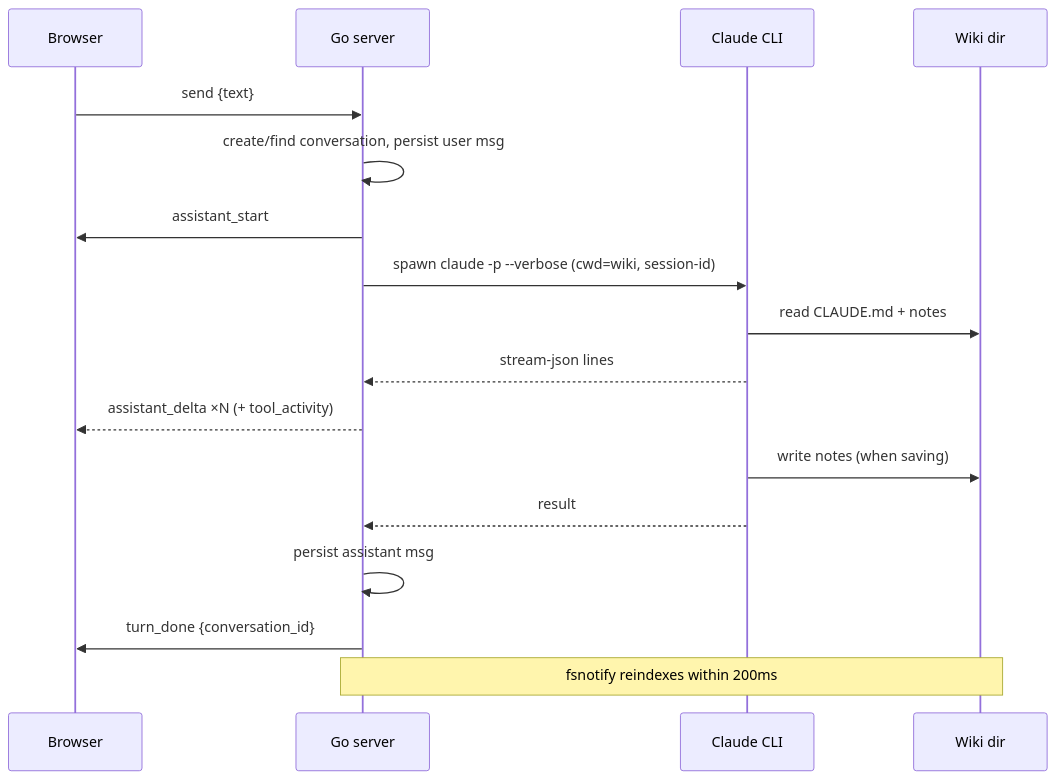
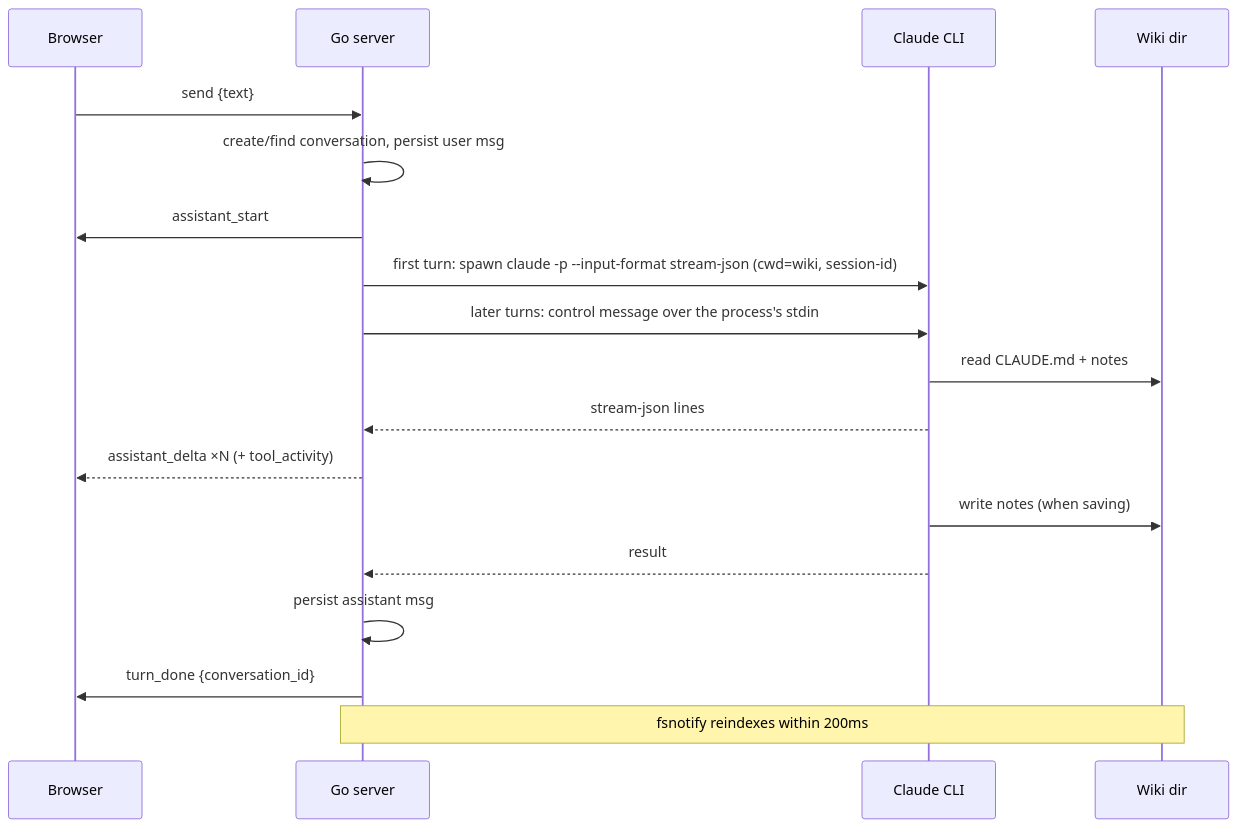
Before and after one commit to shiv-source/thoth: the diagram in docs/api.md, drawn with Mermaid. The commit also changed other lines of this file and 4 other files, not shown here.

````diff
--- a/docs/api.md
+++ b/docs/api.md
@@ -41,20 +41,21 @@
 ```mermaid
 sequenceDiagram
     participant UI as Browser
     participant Go as Go server
     participant CC as Claude CLI
     participant W as Wiki dir
 
     UI->>Go: send {text}
     Go->>Go: create/find conversation, persist user msg
     Go->>UI: assistant_start
-    Go->>CC: spawn claude -p --verbose (cwd=wiki, session-id)
+    Go->>CC: first turn: spawn claude -p --input-format stream-json (cwd=wiki, session-id)
+    Go->>CC: later turns: control message over the process's stdin
     CC->>W: read CLAUDE.md + notes
     CC-->>Go: stream-json lines
     Go-->>UI: assistant_delta ×N (+ tool_activity)
     CC->>W: write notes (when saving)
     CC-->>Go: result
     Go->>Go: persist assistant msg
     Go->>UI: turn_done {conversation_id}
     Note over W,Go: fsnotify reindexes within 200ms
 ```
````
